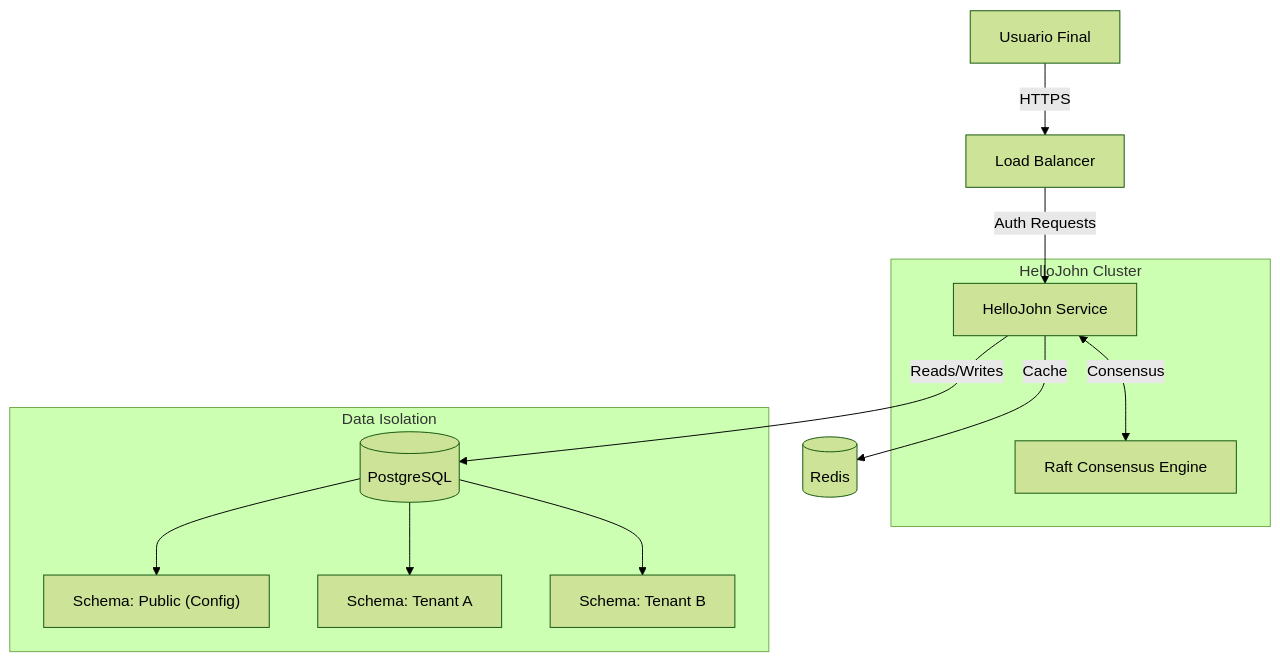
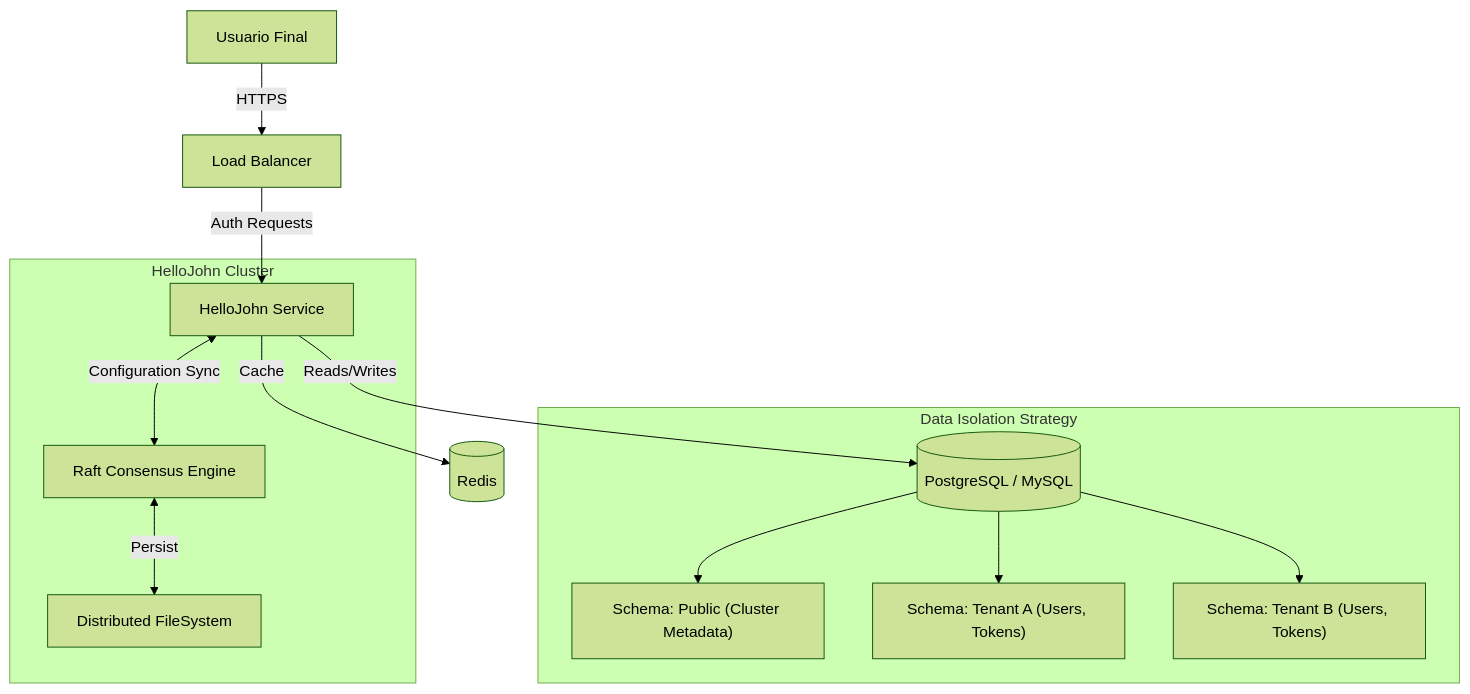
The diagram in README.md (dropDatabas3/hellojohn), drawn with Mermaid (forest theme) before and after one commit. The commit also changed other lines of this file and 27 other files, not shown here.

````diff
--- a/README.md
+++ b/README.md
@@ -61,21 +38,23 @@
 ```mermaid
 graph TD
     User[Usuario Final] -->|HTTPS| LB[Load Balancer]
     LB -->|Auth Requests| App[HelloJohn Service]
     
     subgraph "HelloJohn Cluster"
         App
         Raft[Raft Consensus Engine]
+        FS[Distributed FileSystem]
     end
     
-    App -->|Reads/Writes| DB[(PostgreSQL)]
+    App -->|Reads/Writes| DB[(PostgreSQL / MySQL)]
     App -->|Cache| Redis[(Redis)]
     
-    subgraph "Data Isolation"
-        DB --> SchemaPublic["Schema: Public (Config)"]
-        DB --> SchemaT1["Schema: Tenant A"]
-        DB --> SchemaT2["Schema: Tenant B"]
+    subgraph "Data Isolation Strategy"
+        DB --> SchemaPublic["Schema: Public (Cluster Metadata)"]
+        DB --> SchemaT1["Schema: Tenant A (Users, Tokens)"]
+        DB --> SchemaT2["Schema: Tenant B (Users, Tokens)"]
     end
     
-    App <-->|Consensus| Raft
+    App <-->|Configuration Sync| Raft
+    Raft <-->|Persist| FS
 ```
````
